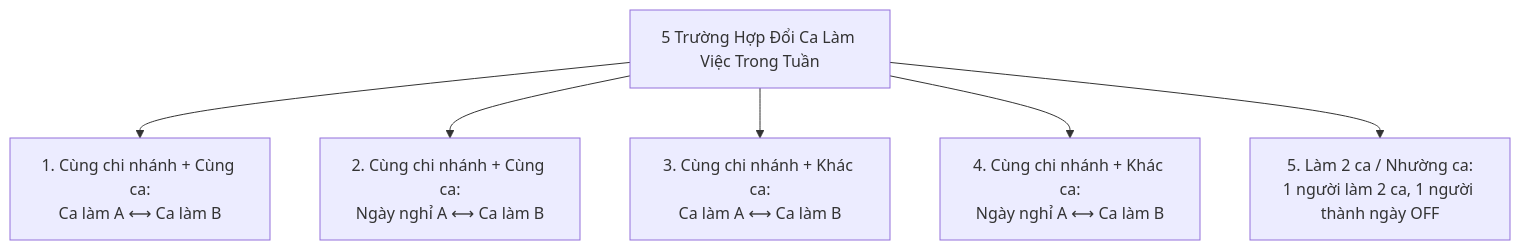
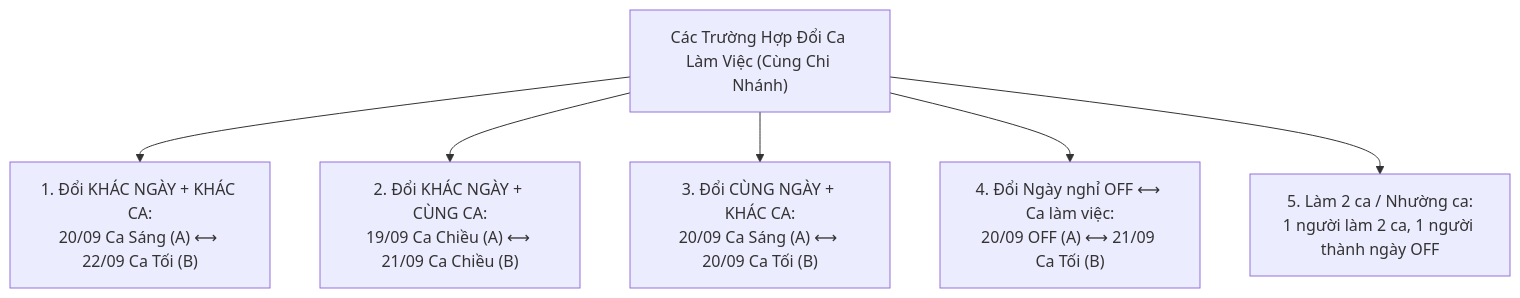
One commit to Thien-VNPT-CGO/UmBoMilk-Tuyen-Dung-Dao-Tao-AI changed the second of 3 diagrams in KE_HOACH_TRIEN_KHAI_TELEGRAM_BOT.md. Above: the diagram before and after it, drawn with Mermaid. The commit also changed other lines of this file and 3 other files, not shown here.

````diff
--- a/KE_HOACH_TRIEN_KHAI_TELEGRAM_BOT.md
+++ b/KE_HOACH_TRIEN_KHAI_TELEGRAM_BOT.md
@@ -165,9 +219,9 @@
 ```mermaid
 graph TD
-    SwapTypes["5 Trường Hợp Đổi Ca Làm Việc Trong Tuần"]
-    SwapTypes --> T1["1. Cùng chi nhánh + Cùng ca:<br/>Ca làm A ⟷ Ca làm B"]
-    SwapTypes --> T2["2. Cùng chi nhánh + Cùng ca:<br/>Ngày nghỉ A ⟷ Ca làm B"]
-    SwapTypes --> T3["3. Cùng chi nhánh + Khác ca:<br/>Ca làm A ⟷ Ca làm B"]
-    SwapTypes --> T4["4. Cùng chi nhánh + Khác ca:<br/>Ngày nghỉ A ⟷ Ca làm B"]
+    SwapTypes["Các Trường Hợp Đổi Ca Làm Việc (Cùng Chi Nhánh)"]
+    SwapTypes --> T1["1. Đổi KHÁC NGÀY + KHÁC CA:<br/>20/09 Ca Sáng (A) ⟷ 22/09 Ca Tối (B)"]
+    SwapTypes --> T2["2. Đổi KHÁC NGÀY + CÙNG CA:<br/>19/09 Ca Chiều (A) ⟷ 21/09 Ca Chiều (B)"]
+    SwapTypes --> T3["3. Đổi CÙNG NGÀY + KHÁC CA:<br/>20/09 Ca Sáng (A) ⟷ 20/09 Ca Tối (B)"]
+    SwapTypes --> T4["4. Đổi Ngày nghỉ OFF ⟷ Ca làm việc:<br/>20/09 OFF (A) ⟷ 21/09 Ca Tối (B)"]
     SwapTypes --> T5["5. Làm 2 ca / Nhường ca:<br/>1 người làm 2 ca, 1 người thành ngày OFF"]
 ```
````
